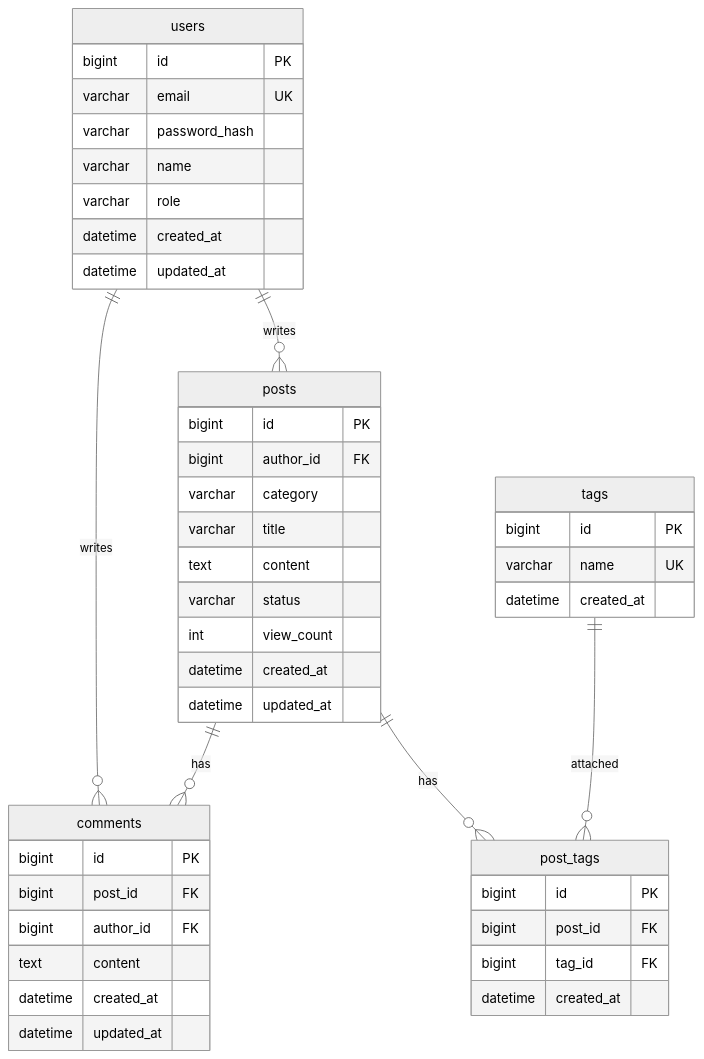
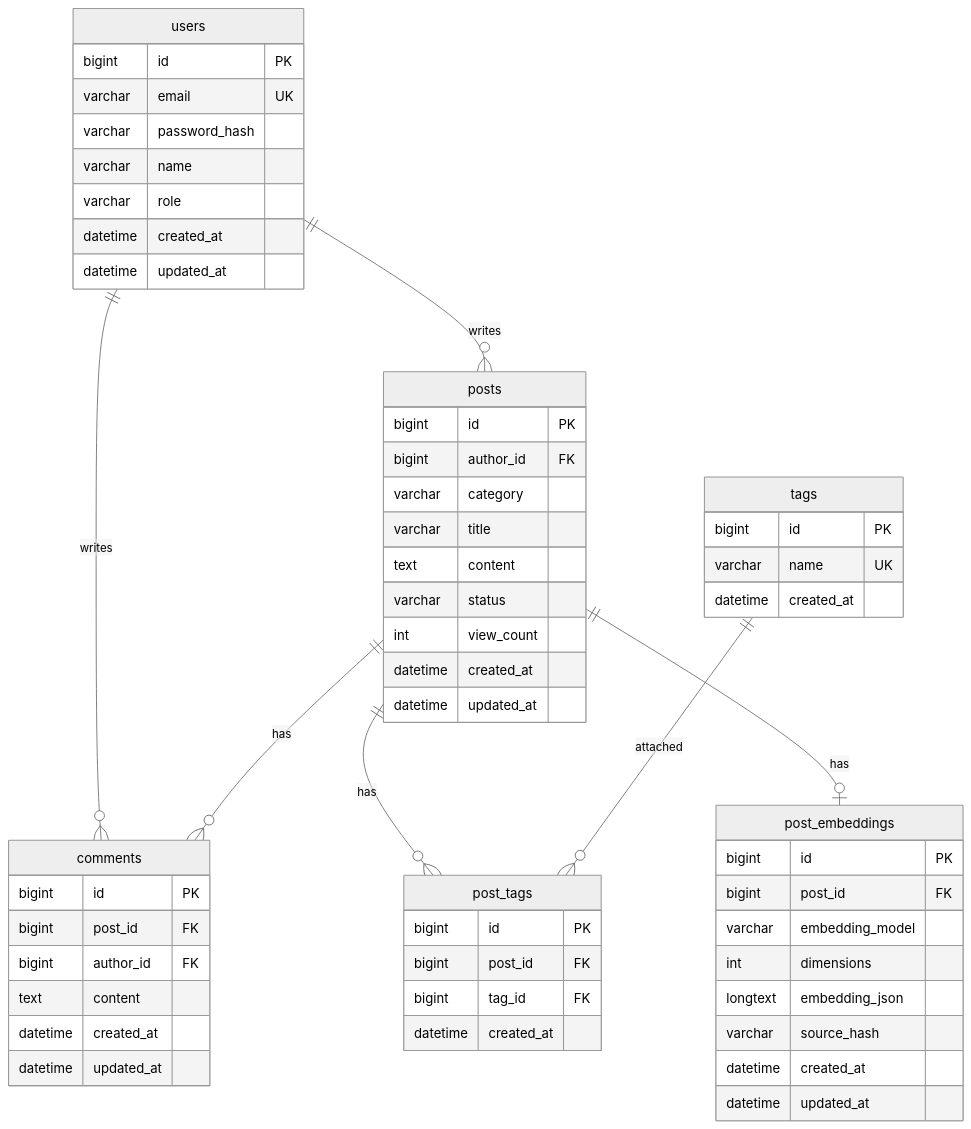
The diagram in docs/database-schema.md (Jungle-12-303/week15-16_team03_ai_board_lab), drawn with Mermaid (neutral theme) before and after one commit. The commit also changed other lines of this file and 2 other files, not shown here.

````diff
--- a/docs/database-schema.md
+++ b/docs/database-schema.md
@@ -8,52 +8,64 @@
 ```mermaid
 erDiagram
     users ||--o{ posts : writes
     users ||--o{ comments : writes
     posts ||--o{ comments : has
     posts ||--o{ post_tags : has
+    posts ||--o| post_embeddings : has
     tags ||--o{ post_tags : attached
 
     users {
         bigint id PK
         varchar email UK
         varchar password_hash
         varchar name
         varchar role
         datetime created_at
         datetime updated_at
     }
 
     posts {
         bigint id PK
         bigint author_id FK
         varchar category
         varchar title
         text content
         varchar status
         int view_count
         datetime created_at
         datetime updated_at
     }
 
     comments {
         bigint id PK
         bigint post_id FK
         bigint author_id FK
         text content
         datetime created_at
         datetime updated_at
     }
 
     tags {
         bigint id PK
         varchar name UK
         datetime created_at
     }
 
     post_tags {
         bigint id PK
         bigint post_id FK
         bigint tag_id FK
         datetime created_at
     }
+
+    post_embeddings {
+        bigint id PK
+        bigint post_id FK
+        varchar embedding_model
+        int dimensions
+        longtext embedding_json
+        varchar source_hash
+        datetime created_at
+        datetime updated_at
+    }
 ```
````
